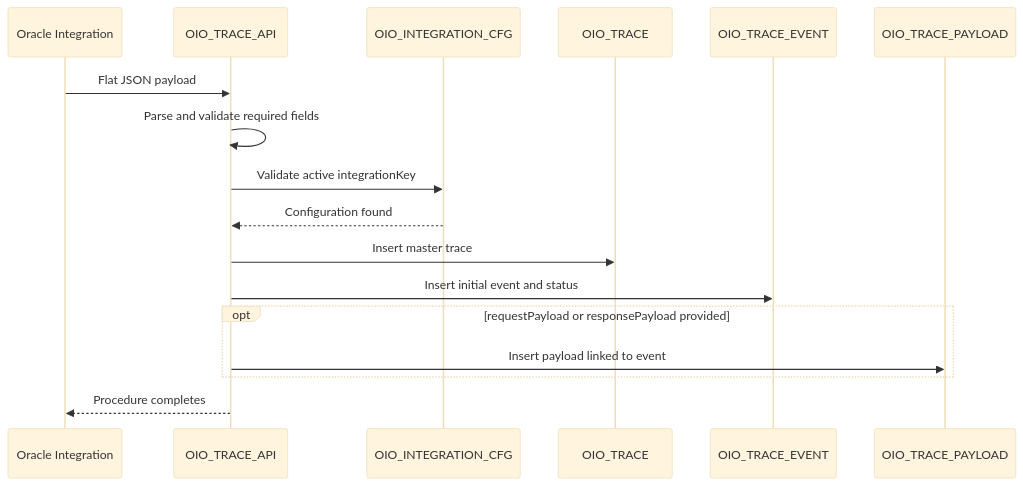
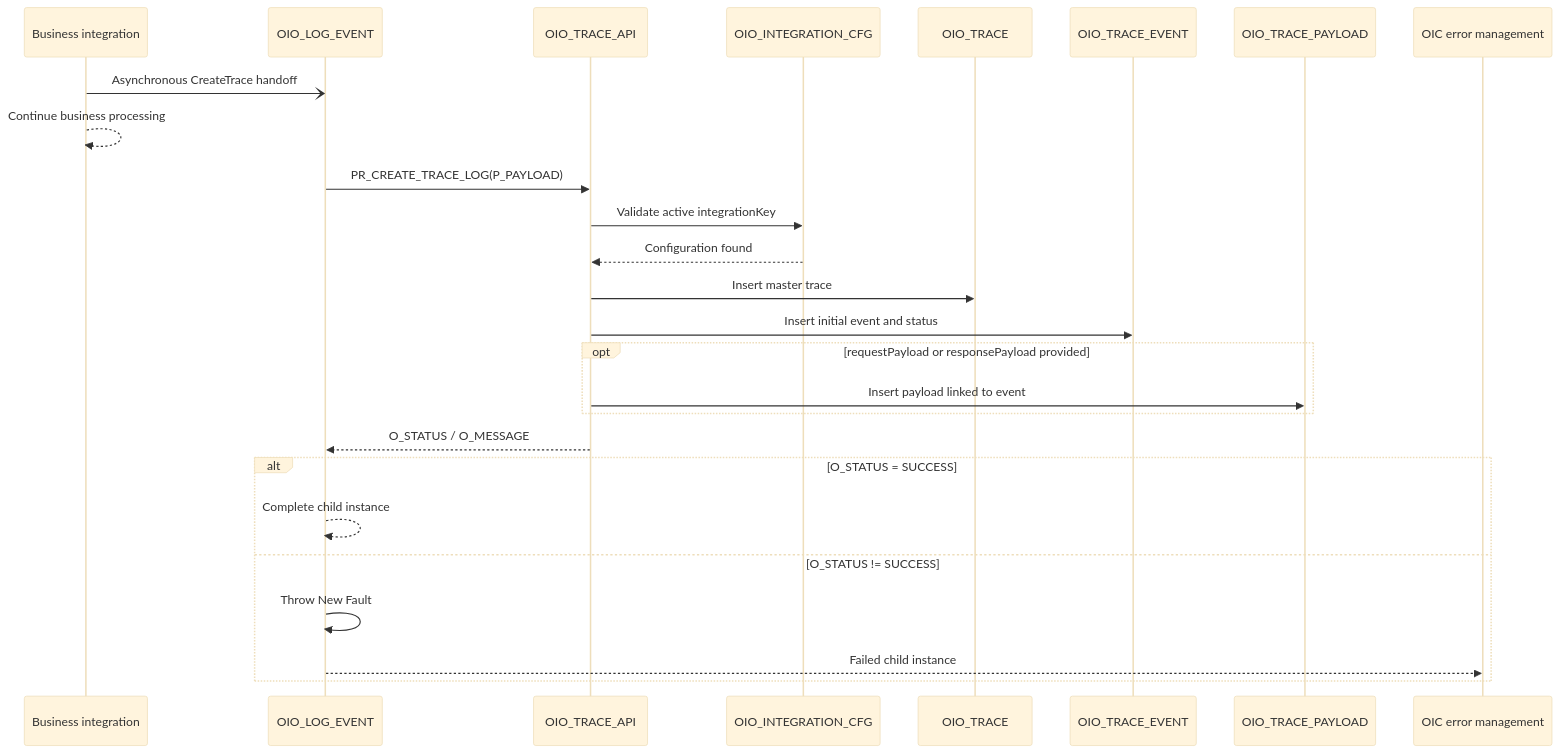
Before and after one commit to lucianosilva/oracle-integration-observability: the second of 4 diagrams in docs/architecture.md, drawn with Mermaid (base theme). The commit also changed other lines of this file and 3 other files, not shown here.

Commit message:
docs: align architecture and logging contract with OIC implementation

````diff
--- a/docs/architecture.md
+++ b/docs/architecture.md
@@ -197,20 +236,29 @@
 ```mermaid
 sequenceDiagram
-    participant OIC as Oracle Integration
+    participant Parent as Business integration
+    participant Logger as OIO_LOG_EVENT
     participant API as OIO_TRACE_API
     participant CFG as OIO_INTEGRATION_CFG
     participant TRC as OIO_TRACE
     participant EVT as OIO_TRACE_EVENT
     participant PAY as OIO_TRACE_PAYLOAD
+    participant EM as OIC error management
 
-    OIC->>API: Flat JSON payload
-    API->>API: Parse and validate required fields
+    Parent-)Logger: Asynchronous CreateTrace handoff
+    Parent-->>Parent: Continue business processing
+    Logger->>API: PR_CREATE_TRACE_LOG(P_PAYLOAD)
     API->>CFG: Validate active integrationKey
     CFG-->>API: Configuration found
     API->>TRC: Insert master trace
     API->>EVT: Insert initial event and status
     opt requestPayload or responsePayload provided
         API->>PAY: Insert payload linked to event
     end
-    API-->>OIC: Procedure completes
+    API-->>Logger: O_STATUS / O_MESSAGE
+    alt O_STATUS = SUCCESS
+        Logger-->>Logger: Complete child instance
+    else O_STATUS != SUCCESS
+        Logger->>Logger: Throw New Fault
+        Logger-->>EM: Failed child instance
+    end
 ```
````
